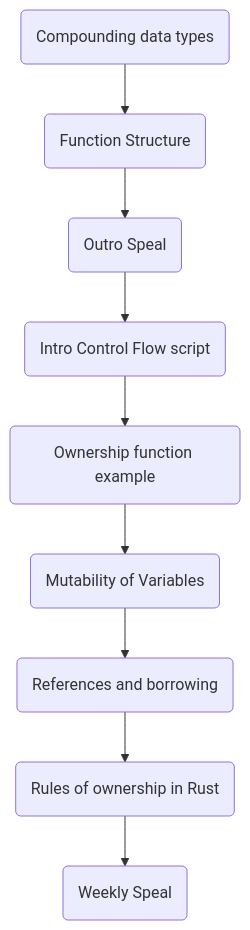
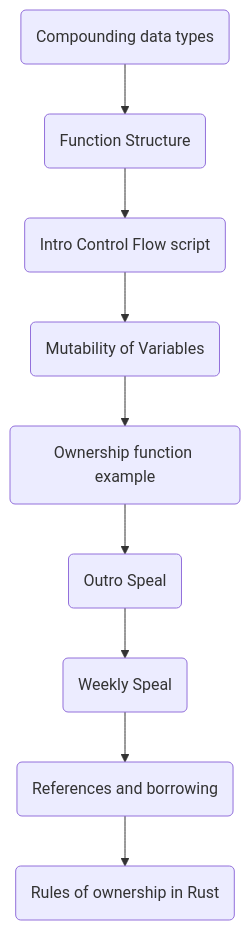
Before and after one commit to BrMacCath/LearnProgramming: the diagram in Programming_Notes/Rust Scripts/Week 2/Week 2 Rust Publish.md, drawn with Mermaid. The commit also changed other lines of this file and 255 other files, not shown here.

````diff
--- a/Programming_Notes/Rust Scripts/Week 2/Week 2 Rust Publish.md
+++ b/Programming_Notes/Rust Scripts/Week 2/Week 2 Rust Publish.md
@@ -108,21 +108,20 @@
 ```mermaid
 graph TB
 	Compounding_data_types(Compounding data types)
 	Function_Structure(Function Structure)
+	Intro_Control_Flow_script(Intro Control Flow script)
+	Mutability_of_Variables(Mutability of Variables)
+	Ownership_function_example(Ownership function example)
 	Outro_Speal(Outro Speal)
-	Intro_Control_Flow_script(Intro Control Flow script)
-	Ownership_function_example(Ownership function example)
-	Mutability_of_Variables(Mutability of Variables)
+	Weekly_Speal(Weekly Speal)
 	References_and_borrowing(References and borrowing)
 	Rules_of_ownership_in_Rust(Rules of ownership in Rust)
-	Weekly_Speal(Weekly Speal)
-
 	Compounding_data_types --> Function_Structure
-	Function_Structure --> Outro_Speal
-	Outro_Speal --> Intro_Control_Flow_script
-	Intro_Control_Flow_script --> Ownership_function_example
-	Ownership_function_example --> Mutability_of_Variables
-	Mutability_of_Variables --> References_and_borrowing
+	Function_Structure --> Intro_Control_Flow_script
+	Intro_Control_Flow_script --> Mutability_of_Variables
+	Mutability_of_Variables --> Ownership_function_example
+	Ownership_function_example --> Outro_Speal
+	Outro_Speal --> Weekly_Speal
+	Weekly_Speal --> References_and_borrowing
 	References_and_borrowing --> Rules_of_ownership_in_Rust
-	Rules_of_ownership_in_Rust --> Weekly_Speal
 ```
````
